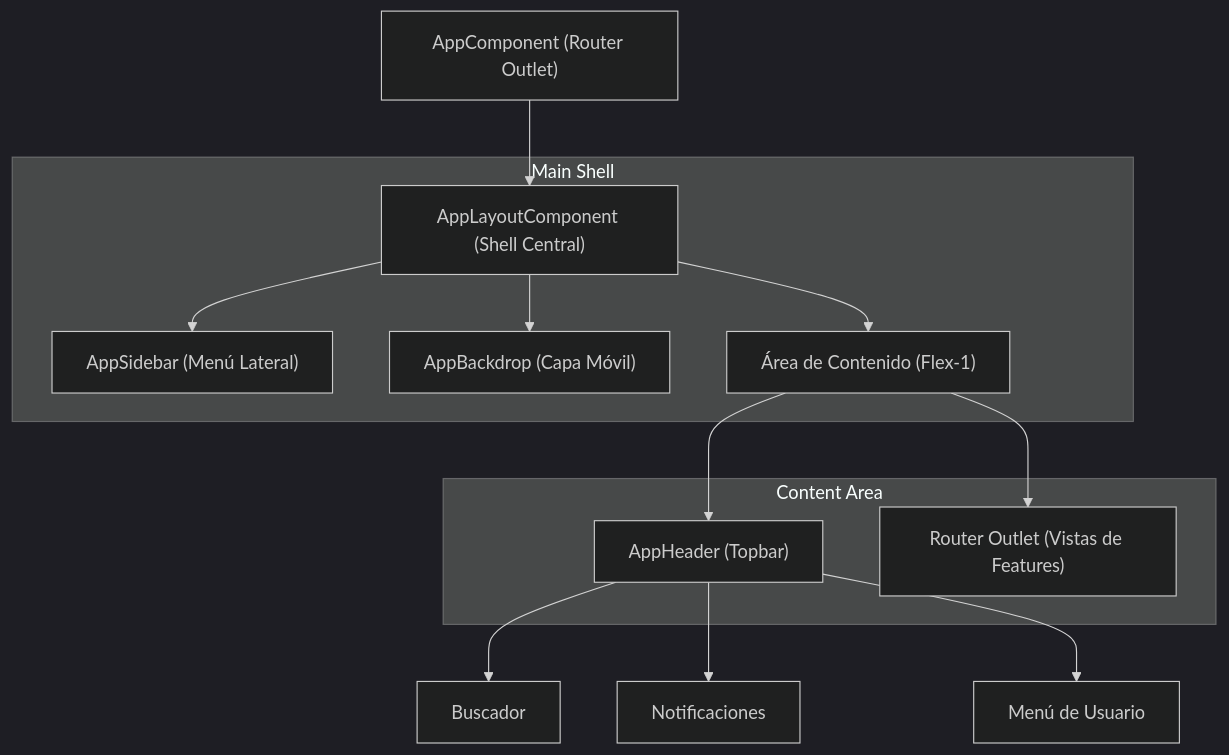
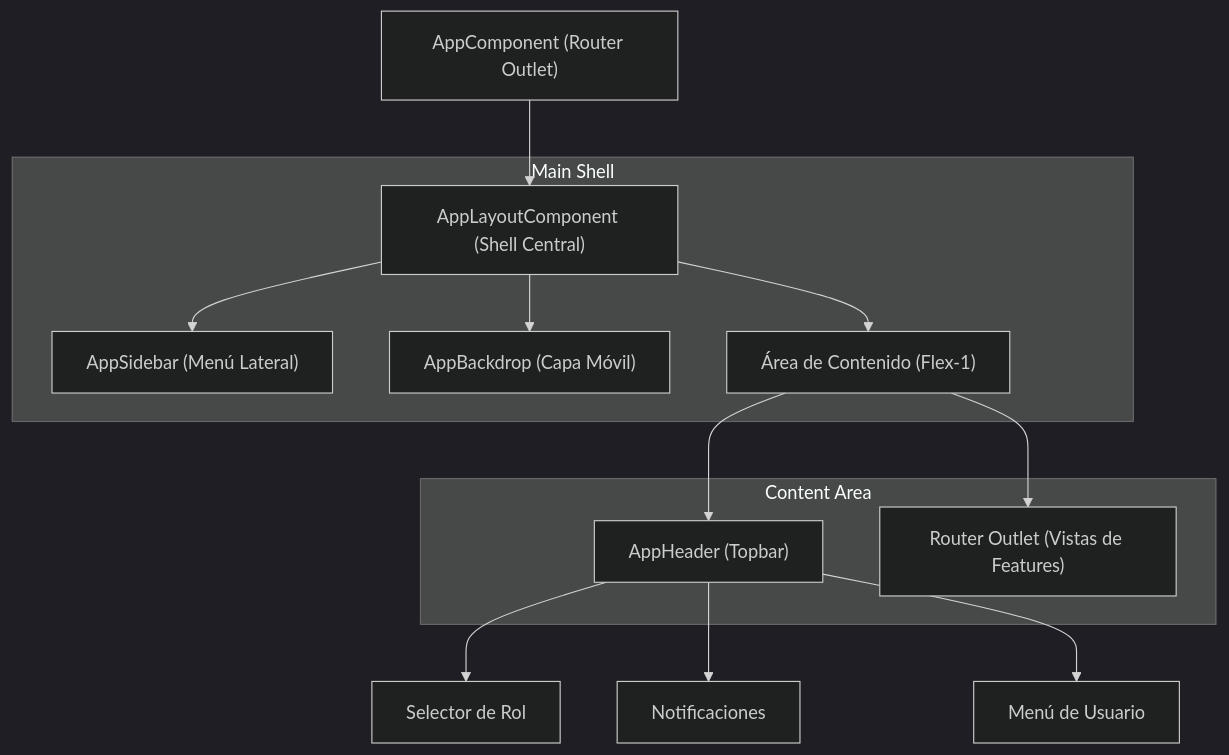
The first of 2 diagrams in docs/LAYOUT_GUIDE.md (henrytaby/an-uyuni-frontend), drawn with Mermaid (dark theme) before and after one commit. The commit also changed other lines of this file and 27 other files, not shown here.

Commit message:
feat: Introduce local Roboto fonts, refactor chart period selection to use PrimeNG SelectButton, and remove several common and table components.

````diff
--- a/docs/LAYOUT_GUIDE.md
+++ b/docs/LAYOUT_GUIDE.md
@@ -13,19 +13,19 @@
 ```mermaid
 graph TD
     App["AppComponent (Router Outlet)"] --> Layout["AppLayoutComponent (Shell Central)"]
     
     subgraph "Main Shell"
     Layout --> Sidebar["AppSidebar (Menú Lateral)"]
     Layout --> Backdrop["AppBackdrop (Capa Móvil)"]
     Layout --> ContentArea["Área de Contenido (Flex-1)"]
     end
     
     subgraph "Content Area"
     ContentArea --> Header["AppHeader (Topbar)"]
     ContentArea --> PageOutlet["Router Outlet (Vistas de Features)"]
     end
 
-    Header --> Search["Buscador"]
+    Header --> RoleSelector["Selector de Rol"]
     Header --> Notifications["Notificaciones"]
     Header --> UserMenu["Menú de Usuario"]
 ```
````
